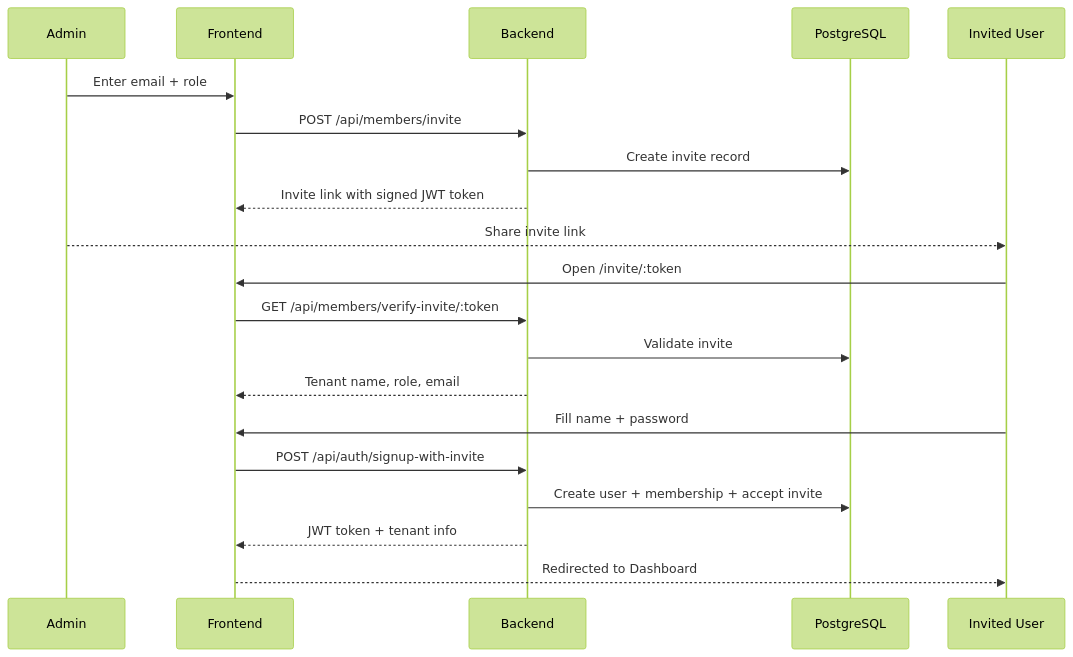
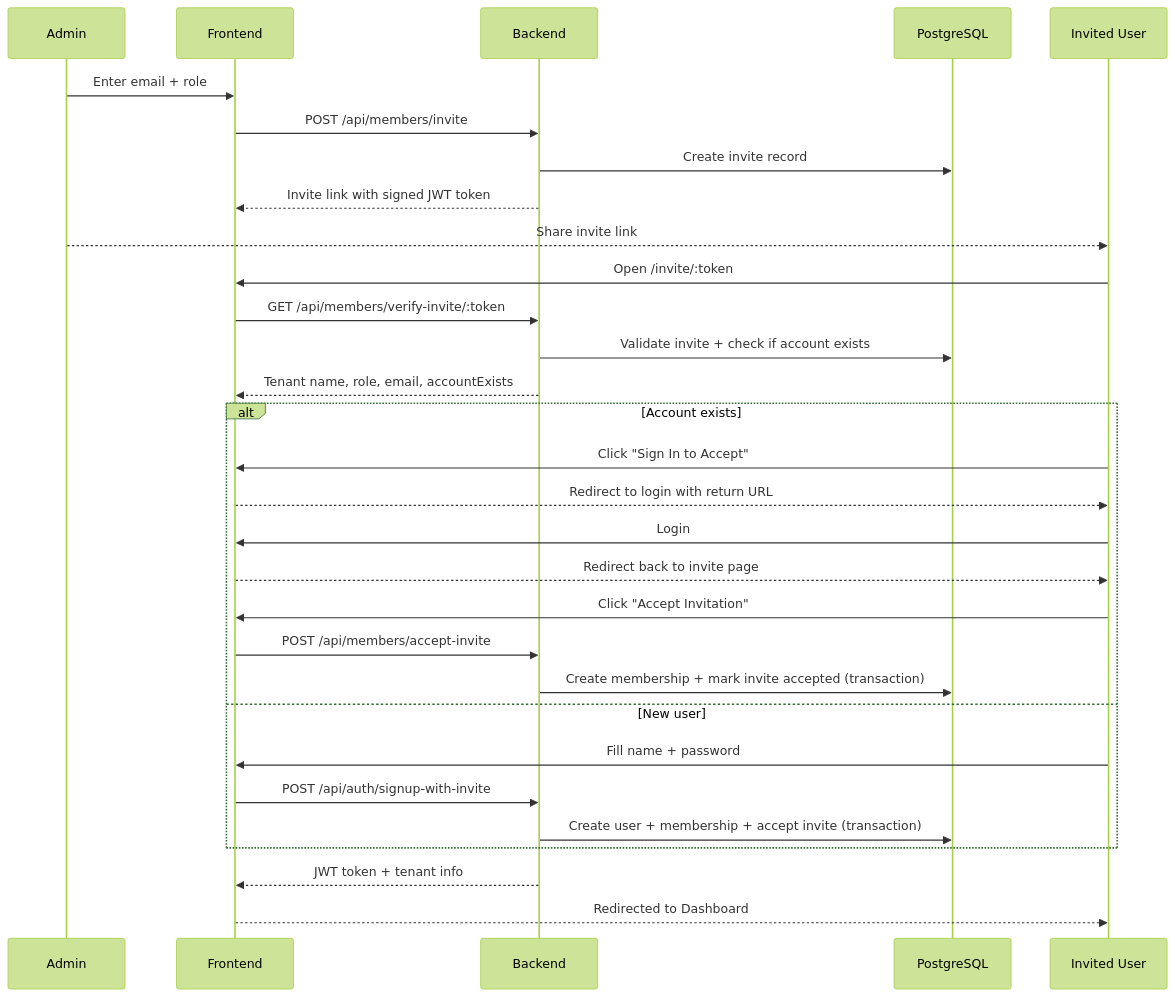
Before and after one commit to fatimamalbari/saas-starter-kit: the third of 4 diagrams in README.md, drawn with Mermaid (forest theme). The commit also changed other lines of this file, not shown here.

Commit message:
polish: workspace selection, invite UX, transactional safety, README overhaul

````diff
--- a/README.md
+++ b/README.md
@@ -193,25 +124,36 @@
 ```mermaid
 sequenceDiagram
     participant Admin
     participant App as Frontend
     participant API as Backend
     participant DB as PostgreSQL
     participant Invitee as Invited User
 
     Admin->>App: Enter email + role
     App->>API: POST /api/members/invite
     API->>DB: Create invite record
     API-->>App: Invite link with signed JWT token
     Admin-->>Invitee: Share invite link
 
     Invitee->>App: Open /invite/:token
     App->>API: GET /api/members/verify-invite/:token
-    API->>DB: Validate invite
-    API-->>App: Tenant name, role, email
+    API->>DB: Validate invite + check if account exists
+    API-->>App: Tenant name, role, email, accountExists
 
-    Invitee->>App: Fill name + password
-    App->>API: POST /api/auth/signup-with-invite
-    API->>DB: Create user + membership + accept invite
+    alt Account exists
+        Invitee->>App: Click "Sign In to Accept"
+        App-->>Invitee: Redirect to login with return URL
+        Invitee->>App: Login
+        App-->>Invitee: Redirect back to invite page
+        Invitee->>App: Click "Accept Invitation"
+        App->>API: POST /api/members/accept-invite
+        API->>DB: Create membership + mark invite accepted (transaction)
+    else New user
+        Invitee->>App: Fill name + password
+        App->>API: POST /api/auth/signup-with-invite
+        API->>DB: Create user + membership + accept invite (transaction)
+    end
+
     API-->>App: JWT token + tenant info
     App-->>Invitee: Redirected to Dashboard
 ```
````
